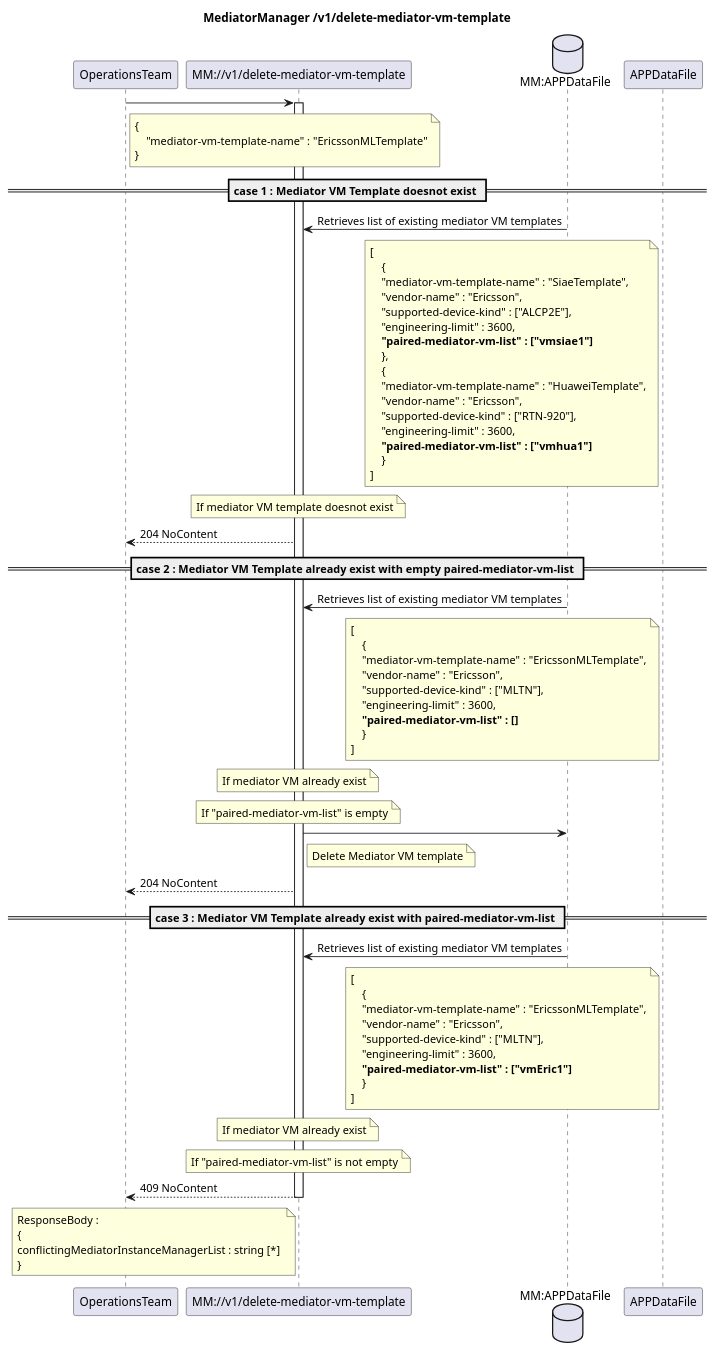
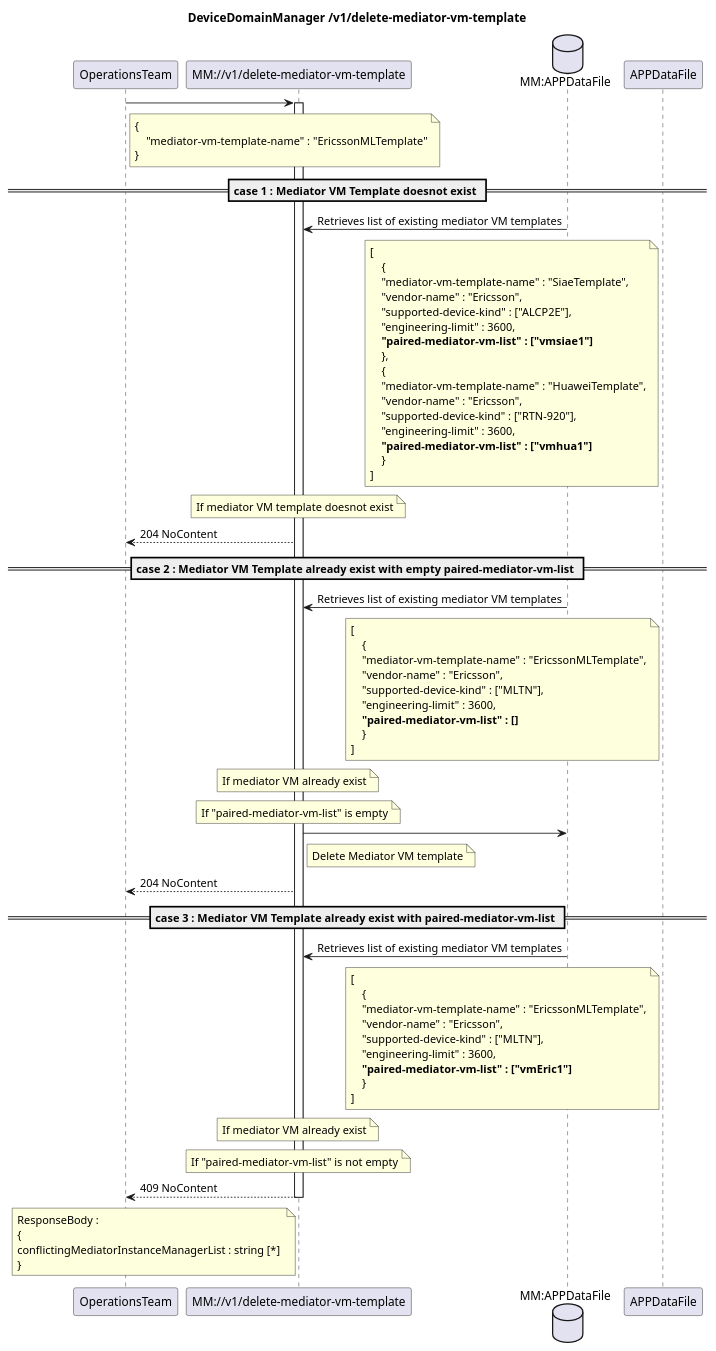
Before and after one commit to openBackhaul/MediatorManager: the diagram in spec/diagrams/MediatorVMtemplate/DeleteMediatorVMTemplate.plantuml, drawn with PlantUML. The commit also changed 84 other files, not shown here.

```diff
--- a/spec/diagrams/MediatorVMtemplate/DeleteMediatorVMTemplate.plantuml
+++ b/spec/diagrams/MediatorVMtemplate/DeleteMediatorVMTemplate.plantuml
@@ -1,101 +1,101 @@
 @startuml DeleteMediatorVmTemplate
 skinparam responseMessageBelowArrow true
 
 title
-MediatorManager /v1/delete-mediator-vm-template
+DeviceDomainManager /v1/delete-mediator-vm-template
 end title
 
 participant "OperationsTeam" as OT
 participant "MM://v1/delete-mediator-vm-template" as MM
 database "MM:APPDataFile" as AppData
 
 OT -> MM : 
 note right OT
     {
         "mediator-vm-template-name" : "EricssonMLTemplate"
     }
 end note
 activate MM
 
 == case 1 : Mediator VM Template doesnot exist ==
 AppData -> MM : Retrieves list of existing mediator VM templates
 note left APPDataFile
 [
     {
     "mediator-vm-template-name" : "SiaeTemplate",
     "vendor-name" : "Ericsson",
     "supported-device-kind" : ["ALCP2E"],
     "engineering-limit" : 3600,
     <b>"paired-mediator-vm-list" : ["vmsiae1"]
     },
     {
     "mediator-vm-template-name" : "HuaweiTemplate",
     "vendor-name" : "Ericsson",
     "supported-device-kind" : ["RTN-920"],
     "engineering-limit" : 3600,
     <b>"paired-mediator-vm-list" : ["vmhua1"]
     }
 ]
 end note
 note over MM
    If mediator VM template doesnot exist
 end note
 
 MM --> OT : 204 NoContent
 
 == case 2 : Mediator VM Template already exist with empty paired-mediator-vm-list ==
 AppData -> MM : Retrieves list of existing mediator VM templates
 note left APPDataFile
 [
     {
     "mediator-vm-template-name" : "EricssonMLTemplate",
     "vendor-name" : "Ericsson",
     "supported-device-kind" : ["MLTN"],
     "engineering-limit" : 3600,
     <b>"paired-mediator-vm-list" : []
     }
 ]
 end note
 note over MM
    If mediator VM already exist
 end note
 note over MM
    If "paired-mediator-vm-list" is empty
 end note
 MM -> AppData :
 note right MM
    Delete Mediator VM template
 end note
 MM --> OT : 204 NoContent
 
 == case 3 : Mediator VM Template already exist with paired-mediator-vm-list ==
 AppData -> MM : Retrieves list of existing mediator VM templates
 note left APPDataFile
 [
     {
     "mediator-vm-template-name" : "EricssonMLTemplate",
     "vendor-name" : "Ericsson",
     "supported-device-kind" : ["MLTN"],
     "engineering-limit" : 3600,
     <b>"paired-mediator-vm-list" : ["vmEric1"]
     }
 ]
 end note
 note over MM
    If mediator VM already exist
 end note
 note over MM
    If "paired-mediator-vm-list" is not empty
 end note
 
 MM --> OT : 409 NoContent
 note left MM
 ResponseBody :
 {
 conflictingMediatorInstanceManagerList : string [*] 
 }
 end note
 
 deactivate MM
 
 @enduml
```
